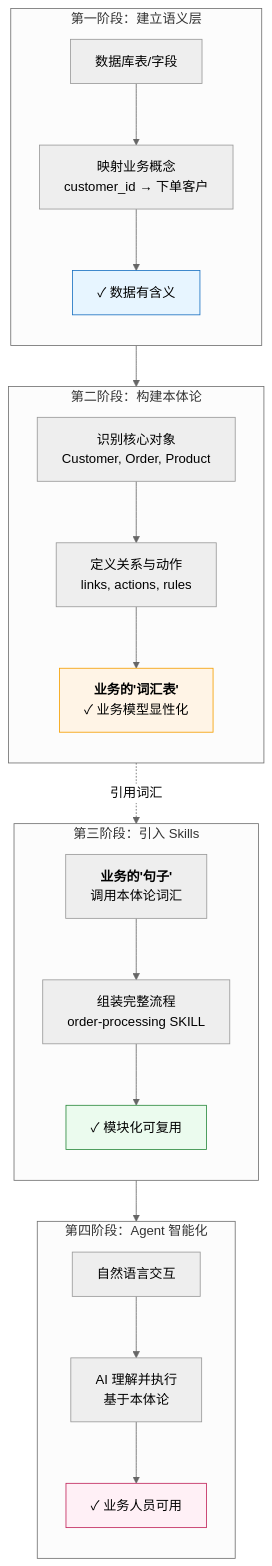
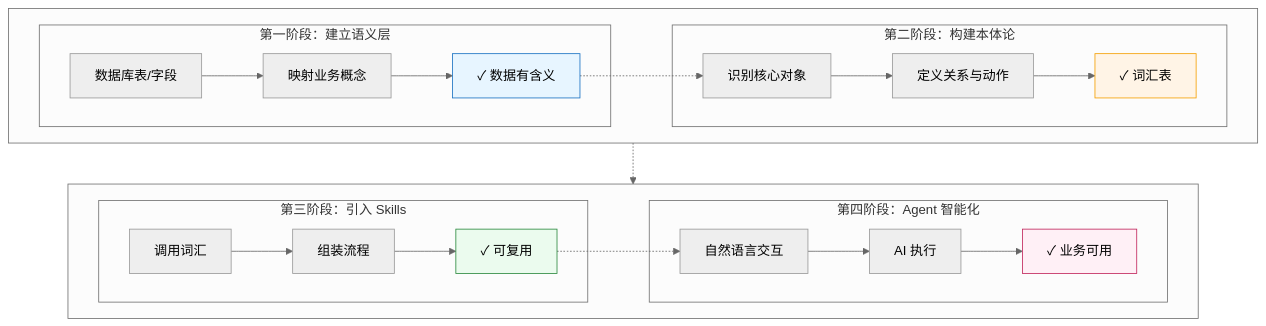
One commit to FreezeSoul/freezesoul.github.com changed the fifth of 5 diagrams in _posts/2026-02-01-palantir-ai-paradigm.md. Above: the diagram before and after it, drawn with Mermaid (neutral theme). The commit also changed other lines of this file, not shown here.

````diff
--- a/_posts/2026-02-01-palantir-ai-paradigm.md
+++ b/_posts/2026-02-01-palantir-ai-paradigm.md
@@ -911,35 +965,33 @@
 ```mermaid
 graph TB
-    subgraph "第一阶段：建立语义层"
-        direction TB
-        A1[数据库表/字段] --> A2["映射业务概念<br/>customer_id → 下单客户"]
-        A2 --> A3["✓ 数据有含义"]
+    subgraph Row1[" "]
+        direction LR
+        subgraph Stage1["第一阶段：建立语义层"]
+            A1[数据库表/字段] --> A2[映射业务概念] --> A3["✓ 数据有含义"]
+        end
+
+        subgraph Stage2["第二阶段：构建本体论"]
+            B1[识别核心对象] --> B2[定义关系与动作] --> B3["✓ 词汇表"]
+        end
     end
 
-    subgraph "第二阶段：构建本体论"
-        direction TB
-        B1["识别核心对象<br/>Customer, Order, Product"] --> B2["定义关系与动作<br/>links, actions, rules"]
-        B2 --> B3["<b>业务的'词汇表'</b><br/>✓ 业务模型显性化"]
+    subgraph Row2[" "]
+        direction LR
+        subgraph Stage3["第三阶段：引入 Skills"]
+            C1[调用词汇] --> C2[组装流程] --> C3["✓ 可复用"]
+        end
+
+        subgraph Stage4["第四阶段：Agent 智能化"]
+            D1[自然语言交互] --> D2[AI 执行] --> D3["✓ 业务可用"]
+        end
     end
 
-    subgraph "第三阶段：引入 Skills"
-        direction TB
-        C1["<b>业务的'句子'</b><br/>调用本体论词汇"] --> C2["组装完整流程<br/>order-processing SKILL"]
-        C2 --> C3["✓ 模块化可复用"]
-    end
-
-    subgraph "第四阶段：Agent 智能化"
-        direction TB
-        D1["自然语言交互<br/"审批订单""] --> D2["AI 理解并执行<br/>基于本体论"]
-        D2 --> D3["✓ 业务人员可用"]
-    end
-
-    A3 --> B1
-    B3 -.->|引用词汇| C1
-    C3 --> D1
+    A3 -.-> B1
+    Row1 -.-> Row2
+    C3 -.-> D1
 
     style A3 fill:#e7f5ff,stroke:#1971c2,color:#000
     style B3 fill:#fff4e6,stroke:#f59f00,color:#000
     style C3 fill:#ebfbee,stroke:#2b8a3e,color:#000
     style D3 fill:#fff0f6,stroke:#c2255c,color:#000
 ```
````
